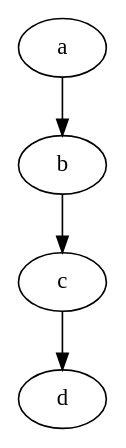
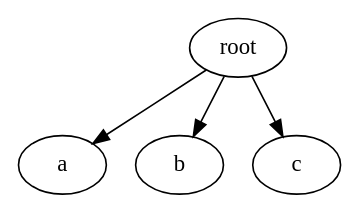
Before and after one commit to sisyphus1212/note: diagram 15 of 15 in other/graphviz/tips.md, drawn with Graphviz.

Commit message:
auto_update

````diff
--- a/other/graphviz/tips.md
+++ b/other/graphviz/tips.md
@@ -304,10 +304,7 @@
 ```graphviz
-digraph weighted {
-    a [weight = 5];
-    b [weight = 2];
-    c [weight = 123];
-    d [weight = 7];
-
-    a -> b -> c -> d;
+digraph {
+  root -> a
+  root -> b [weight=2]
+  root -> c [weight=3]
 }
 ```
````
